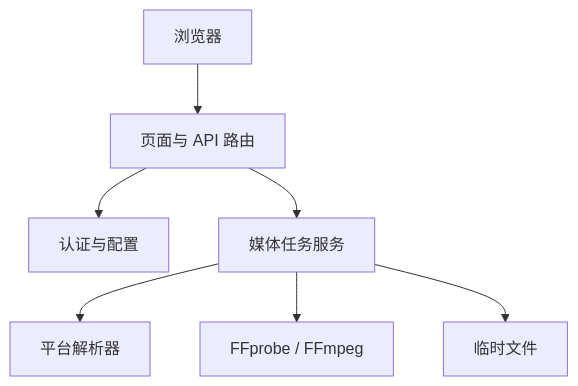
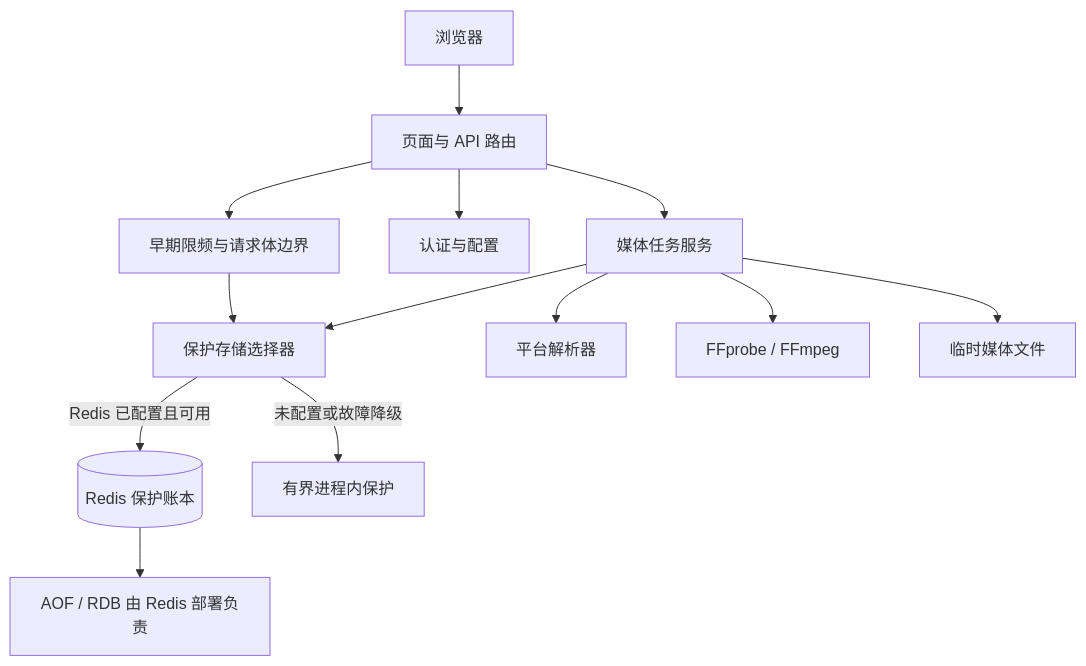
Before and after one commit to YoungerYang-Y/soundpick: the diagram in ARCHITECTURE.md, drawn with Mermaid. The commit also changed other lines of this file and 30 other files, not shown here.

````diff
--- a/ARCHITECTURE.md
+++ b/ARCHITECTURE.md
@@ -45,9 +45,15 @@
 ```mermaid
 flowchart TD
   Browser[浏览器] --> Router[页面与 API 路由]
+  Router --> Guard[早期限频与请求体边界]
+  Guard --> Protection[保护存储选择器]
   Router --> Auth[认证与配置]
   Router --> Service[媒体任务服务]
   Service --> Resolver[平台解析器]
   Service --> Media[FFprobe / FFmpeg]
-  Service --> TempFiles[临时文件]
+  Service --> TempFiles[临时媒体文件]
+  Service --> Protection
+  Protection -->|Redis 已配置且可用| Redis[(Redis 保护账本)]
+  Protection -->|未配置或故障降级| Memory[有界进程内保护]
+  Redis --> Persistence[AOF / RDB 由 Redis 部署负责]
 ```
````
